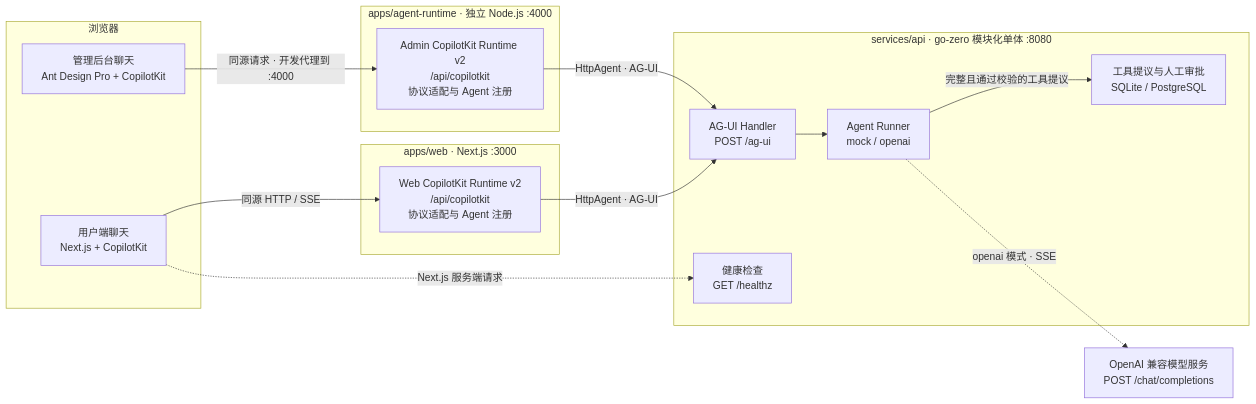
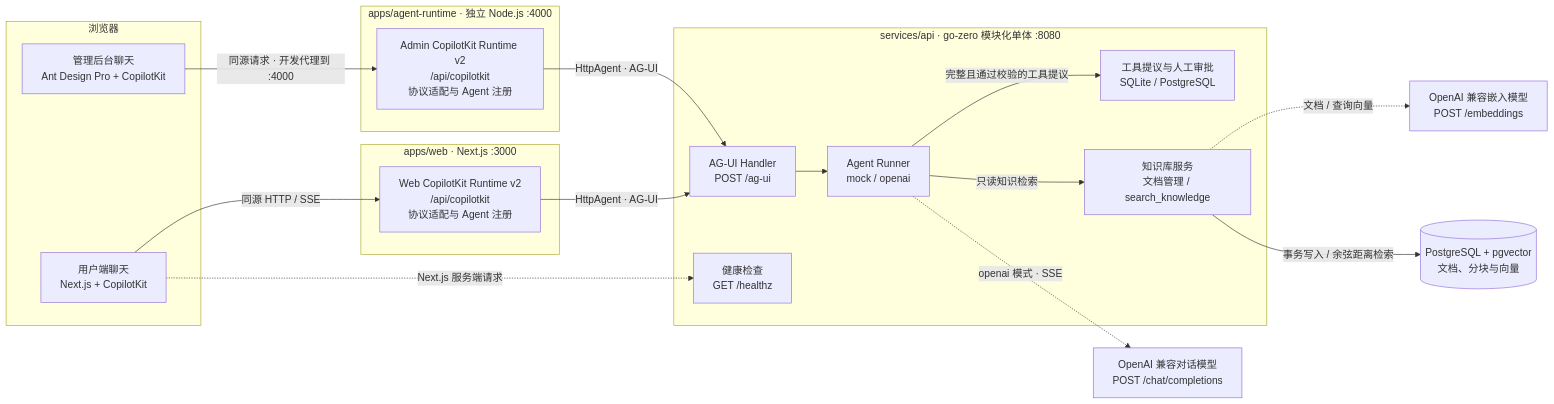
The first of 3 diagrams in docs/architecture.md (feifeigd/nexus-ai), drawn with Mermaid before and after one commit. The commit also changed other lines of this file and 12 other files, not shown here.

````diff
--- a/docs/architecture.md
+++ b/docs/architecture.md
@@ -7,33 +7,39 @@
 ```mermaid
 flowchart LR
     subgraph Clients["浏览器"]
         WebUI["用户端聊天<br/>Next.js + CopilotKit"]
         AdminUI["管理后台聊天<br/>Ant Design Pro + CopilotKit"]
     end
 
     subgraph WebApp["apps/web · Next.js :3000"]
         WebRuntime["Web CopilotKit Runtime v2<br/>/api/copilotkit<br/>协议适配与 Agent 注册"]
     end
 
     subgraph RuntimeService["apps/agent-runtime · 独立 Node.js :4000"]
         AdminRuntime["Admin CopilotKit Runtime v2<br/>/api/copilotkit<br/>协议适配与 Agent 注册"]
     end
 
     subgraph Backend["services/api · go-zero 模块化单体 :8080"]
         AGUI["AG-UI Handler<br/>POST /ag-ui"]
         Runner["Agent Runner<br/>mock / openai"]
         Approval["工具提议与人工审批<br/>SQLite / PostgreSQL"]
+        Knowledge["知识库服务<br/>文档管理 / search_knowledge"]
         Health["健康检查<br/>GET /healthz"]
         AGUI --> Runner
         Runner -->|"完整且通过校验的工具提议"| Approval
+        Runner -->|"只读知识检索"| Knowledge
     end
 
-    Model["OpenAI 兼容模型服务<br/>POST /chat/completions"]
+    Model["OpenAI 兼容对话模型<br/>POST /chat/completions"]
+    Embedding["OpenAI 兼容嵌入模型<br/>POST /embeddings"]
+    VectorDB[("PostgreSQL + pgvector<br/>文档、分块与向量")]
 
     WebUI -->|"同源 HTTP / SSE"| WebRuntime
     AdminUI -->|"同源请求 · 开发代理到 :4000"| AdminRuntime
     WebRuntime -->|"HttpAgent · AG-UI"| AGUI
     AdminRuntime -->|"HttpAgent · AG-UI"| AGUI
     Runner -.->|"openai 模式 · SSE"| Model
+    Knowledge -.->|"文档 / 查询向量"| Embedding
+    Knowledge -->|"事务写入 / 余弦距离检索"| VectorDB
     WebUI -.->|"Next.js 服务端请求"| Health
 ```
````
